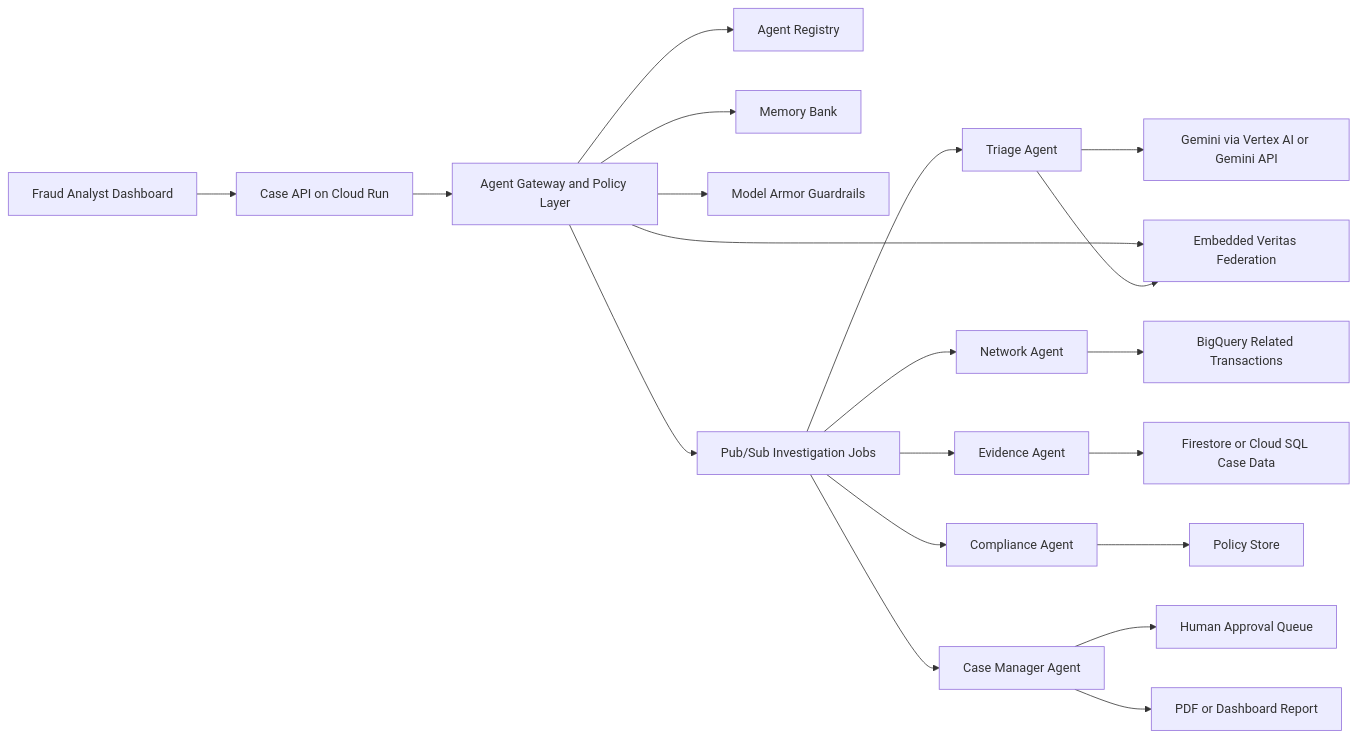
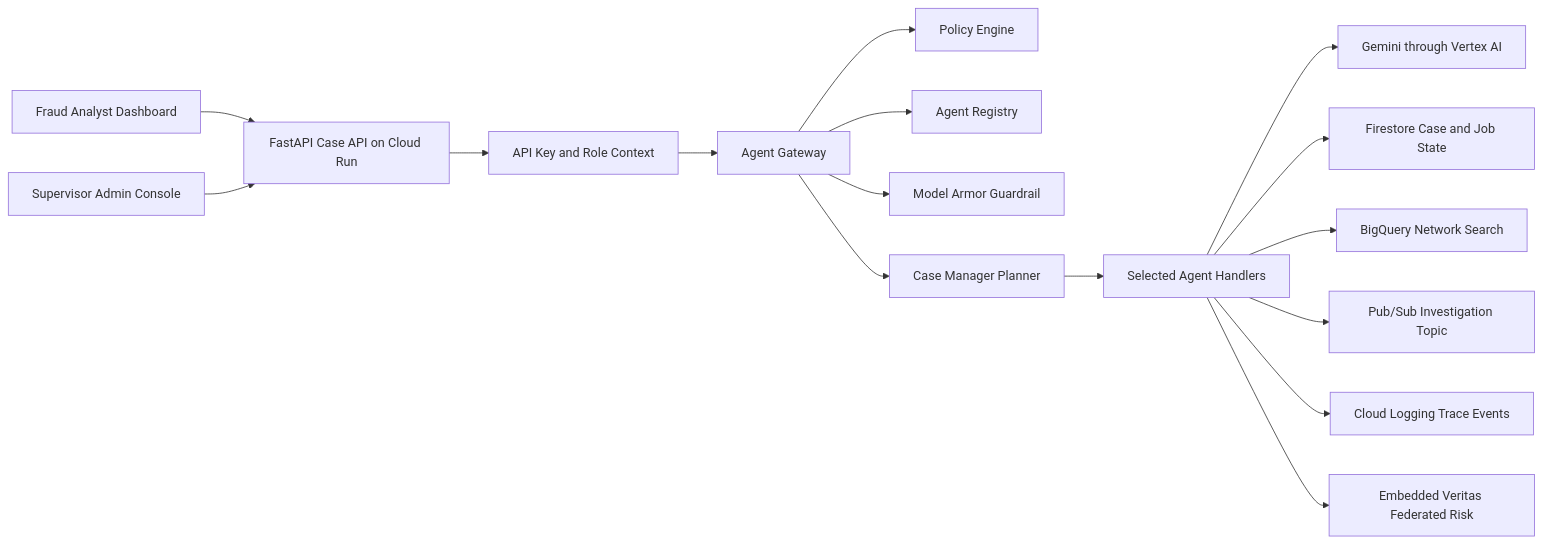
The first of 4 diagrams in README.md (Kanghyeon5468/Tracelayer), drawn with Mermaid before and after one commit. The commit also changed other lines of this file and 6 other files, not shown here.

````diff
--- a/README.md
+++ b/README.md
@@ -150,22 +154,18 @@
 ```mermaid
 flowchart LR
-    Analyst[Fraud Analyst Dashboard] --> API[Case API on Cloud Run]
-    API --> Gateway[Agent Gateway and Policy Layer]
+    Dashboard[Fraud Analyst Dashboard] --> API[FastAPI Case API on Cloud Run]
+    Admin[Supervisor Admin Console] --> API
+    API --> Auth[API Key and Role Context]
+    Auth --> Gateway[Agent Gateway]
+    Gateway --> Policy[Policy Engine]
     Gateway --> Registry[Agent Registry]
-    Gateway --> Memory[Memory Bank]
-    Gateway --> Armor[Model Armor Guardrails]
-    Gateway --> PubSub[Pub/Sub Investigation Jobs]
-    Gateway --> Veritas[Embedded Veritas Federation]
-    PubSub --> Triage[Triage Agent]
-    PubSub --> Network[Network Agent]
-    PubSub --> Evidence[Evidence Agent]
-    PubSub --> Compliance[Compliance Agent]
-    PubSub --> CaseManager[Case Manager Agent]
-    Triage --> Gemini[Gemini via Vertex AI or Gemini API]
-    Triage --> Veritas
-    Network --> BigQuery[BigQuery Related Transactions]
-    Evidence --> Firestore[Firestore or Cloud SQL Case Data]
-    Compliance --> Policies[Policy Store]
-    CaseManager --> Approvals[Human Approval Queue]
-    CaseManager --> Reports[PDF or Dashboard Report]
+    Gateway --> Armor[Model Armor Guardrail]
+    Gateway --> Planner[Case Manager Planner]
+    Planner --> Fleet[Selected Agent Handlers]
+    Fleet --> Gemini[Gemini through Vertex AI]
+    Fleet --> Firestore[Firestore Case and Job State]
+    Fleet --> BigQuery[BigQuery Network Search]
+    Fleet --> PubSub[Pub/Sub Investigation Topic]
+    Fleet --> Logging[Cloud Logging Trace Events]
+    Fleet --> Veritas[Embedded Veritas Federated Risk]
 ```
````
